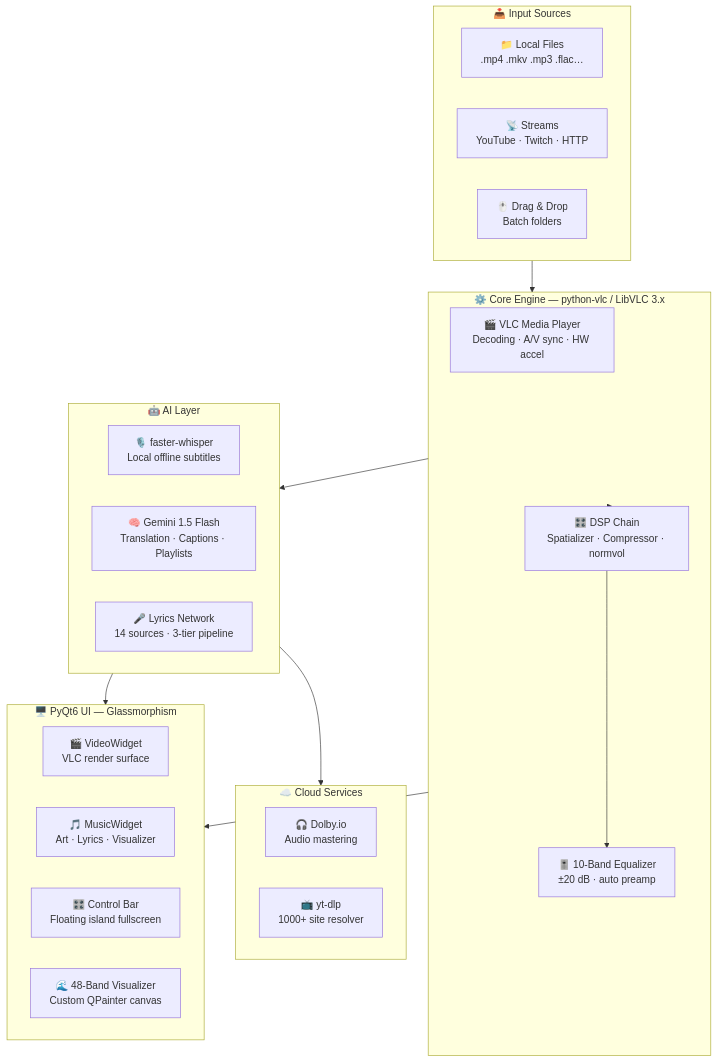
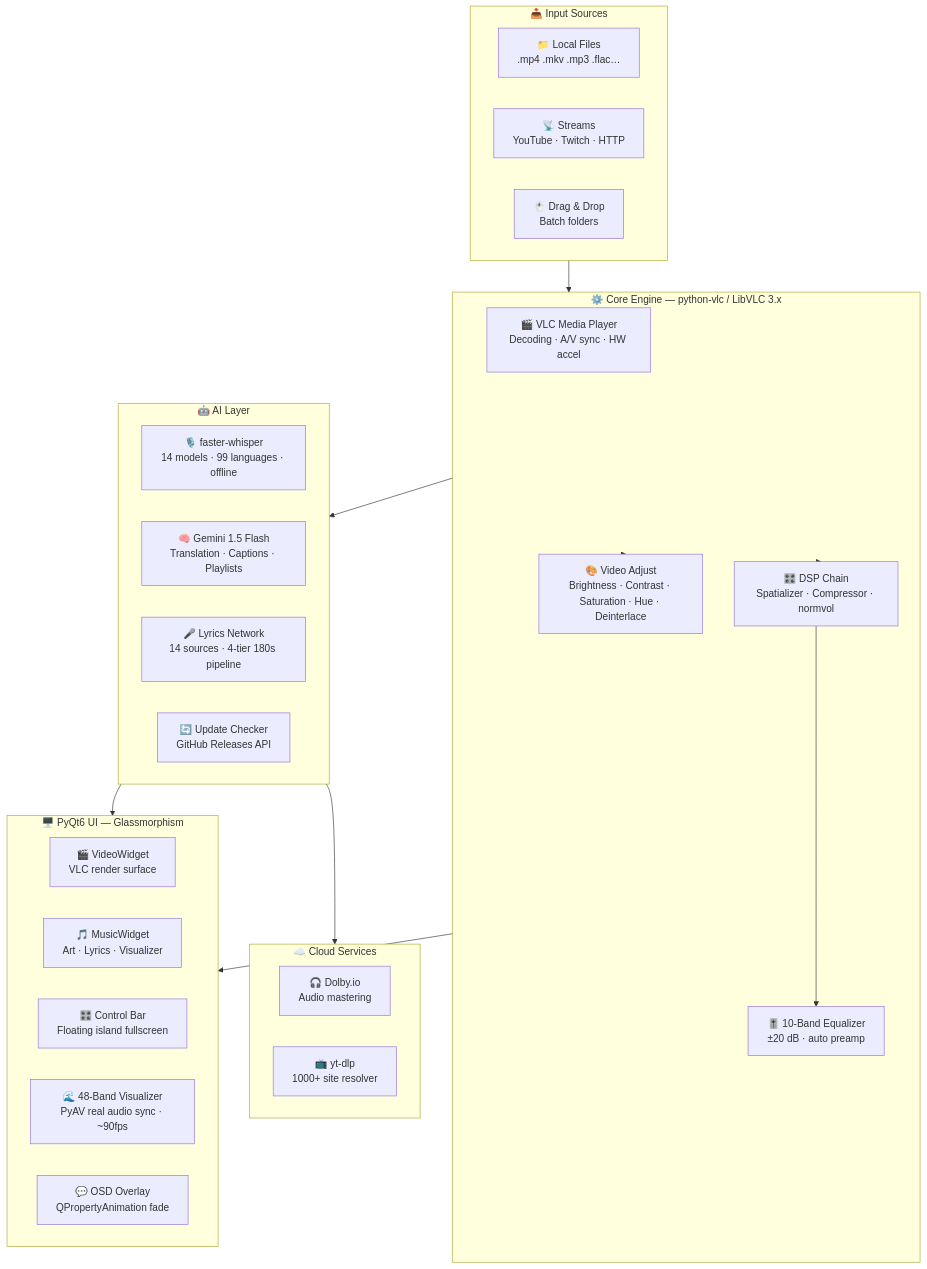
The second of 2 diagrams in README.md (sandytalks/SANDYPLAY), drawn with Mermaid before and after one commit. The commit also changed other lines of this file, not shown here.

````diff
--- a/README.md
+++ b/README.md
@@ -502,39 +436,38 @@
 ```mermaid
 graph TB
     subgraph INPUT["📥 Input Sources"]
         L["📁 Local Files\n.mp4 .mkv .mp3 .flac…"]
         S["📡 Streams\nYouTube · Twitch · HTTP"]
         D["🖱️ Drag & Drop\nBatch folders"]
     end
-
     subgraph CORE["⚙️ Core Engine — python-vlc / LibVLC 3.x"]
         VLC["🎬 VLC Media Player\nDecoding · A/V sync · HW accel"]
         DSP["🎛️ DSP Chain\nSpatializer · Compressor · normvol"]
         EQ["🎚️ 10-Band Equalizer\n±20 dB · auto preamp"]
+        COLOR["🎨 Video Adjust\nBrightness · Contrast · Saturation · Hue · Deinterlace"]
     end
-
     subgraph AI["🤖 AI Layer"]
-        W["🎙️ faster-whisper\nLocal offline subtitles"]
+        W["🎙️ faster-whisper\n14 models · 99 languages · offline"]
         G["🧠 Gemini 1.5 Flash\nTranslation · Captions · Playlists"]
-        LY["🎤 Lyrics Network\n14 sources · 3-tier pipeline"]
+        LY["🎤 Lyrics Network\n14 sources · 4-tier 180s pipeline"]
+        UPD["🔄 Update Checker\nGitHub Releases API"]
     end
-
     subgraph CLOUD["☁️ Cloud Services"]
         DOL["🎧 Dolby.io\nAudio mastering"]
         YT["📺 yt-dlp\n1000+ site resolver"]
     end
-
     subgraph UI["🖥️ PyQt6 UI — Glassmorphism"]
         VW["🎬 VideoWidget\nVLC render surface"]
         MW["🎵 MusicWidget\nArt · Lyrics · Visualizer"]
         CB["🎛️ Control Bar\nFloating island fullscreen"]
-        VIS["🌊 48-Band Visualizer\nCustom QPainter canvas"]
+        VIS["🌊 48-Band Visualizer\nPyAV real audio sync · ~90fps"]
+        OSD["💬 OSD Overlay\nQPropertyAnimation fade"]
     end
-
     INPUT --> CORE
     CORE --> DSP --> EQ
+    CORE --> COLOR
     CORE --> AI
     AI --> CLOUD
     CORE --> UI
     AI --> UI
 ```
````
